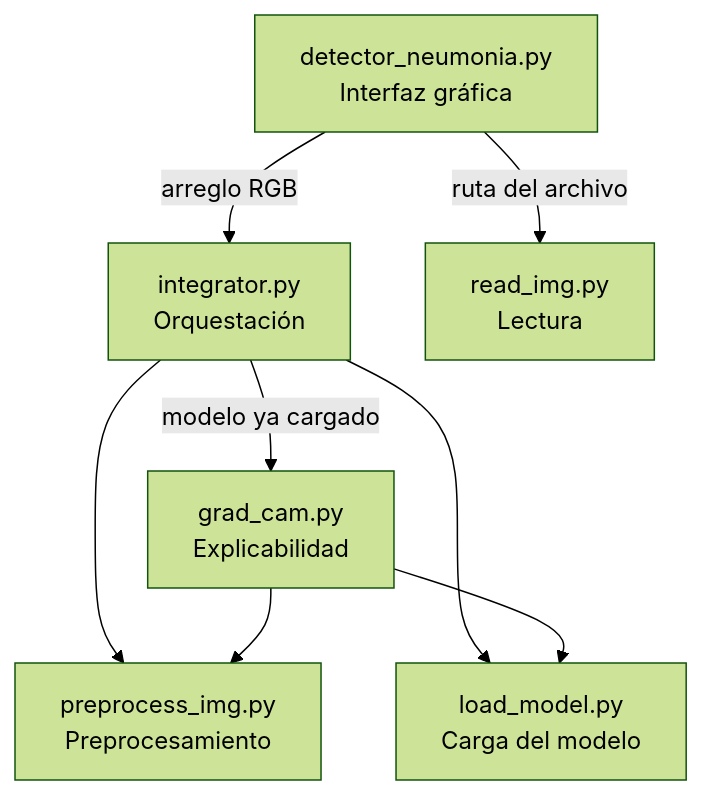
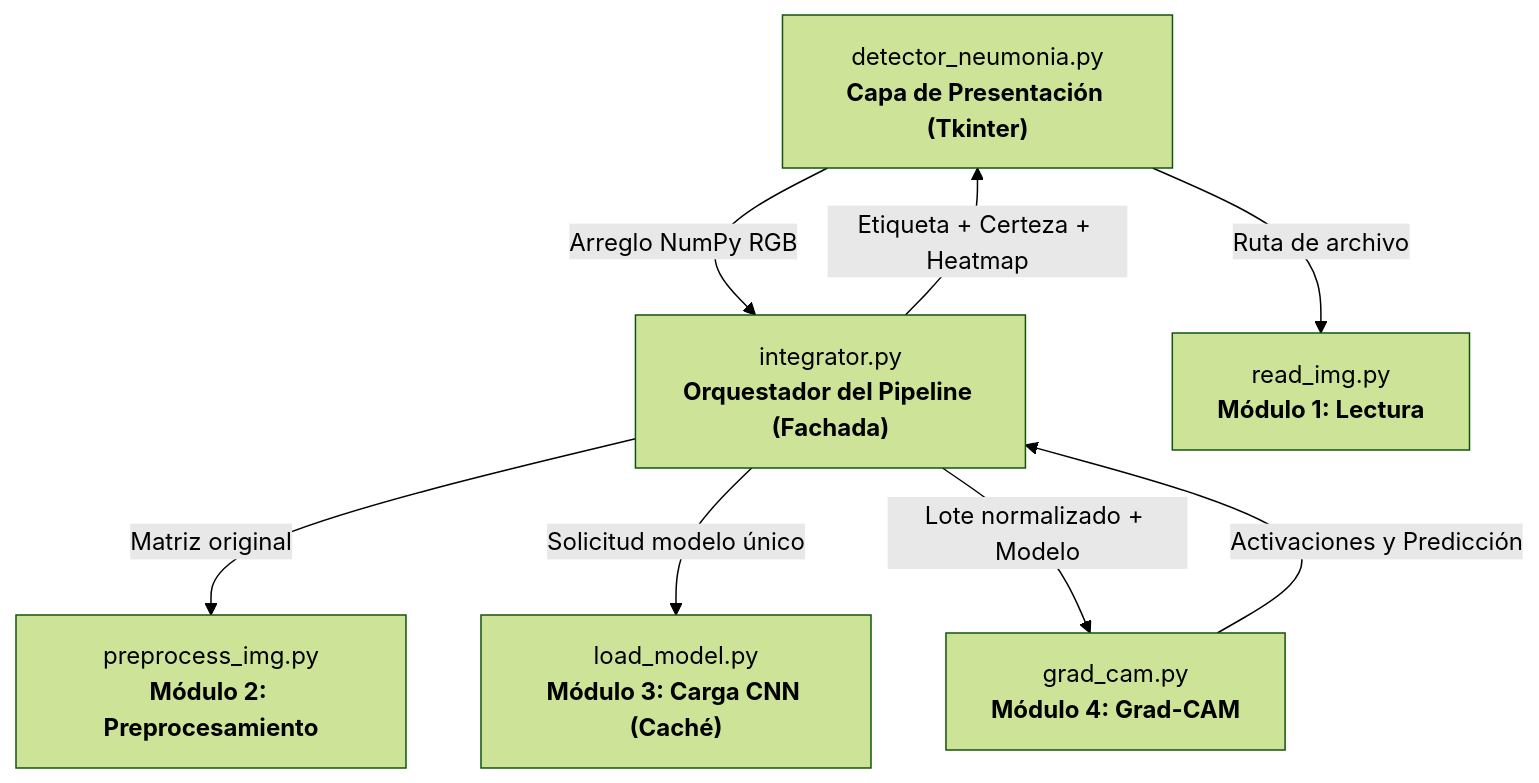
The first of 2 diagrams in README.md (marlonvalenciamentor-eng/UAO-Neumonia), drawn with Mermaid (forest theme) before and after one commit. The commit also changed other lines of this file and 35 other files, not shown here.

````diff
--- a/README.md
+++ b/README.md
@@ -92,17 +95,17 @@
 ```mermaid
 flowchart TD
-    GUI["detector_neumonia.py<br/>Interfaz gráfica"]
-    INT["integrator.py<br/>Orquestación"]
-    READ["read_img.py<br/>Lectura"]
-    PRE["preprocess_img.py<br/>Preprocesamiento"]
-    LOAD["load_model.py<br/>Carga del modelo"]
-    CAM["grad_cam.py<br/>Explicabilidad"]
+    UI["detector_neumonia.py<br/><b>Capa de Presentación (Tkinter)</b>"]
+    INT["integrator.py<br/><b>Orquestador del Pipeline (Fachada)</b>"]
+    READ["read_img.py<br/><b>Módulo 1: Lectura</b>"]
+    PRE["preprocess_img.py<br/><b>Módulo 2: Preprocesamiento</b>"]
+    LOAD["load_model.py<br/><b>Módulo 3: Carga CNN (Caché)</b>"]
+    CAM["grad_cam.py<br/><b>Módulo 4: Grad-CAM</b>"]
 
-    GUI -->|ruta del archivo| READ
-    GUI -->|arreglo RGB| INT
-    INT --> PRE
-    INT --> LOAD
-    INT -->|modelo ya cargado| CAM
-    CAM --> PRE
-    CAM --> LOAD
+    UI -->|Ruta de archivo| READ
+    UI -->|Arreglo NumPy RGB| INT
+    INT -->|Matriz original| PRE
+    INT -->|Solicitud modelo único| LOAD
+    INT -->|Lote normalizado + Modelo| CAM
+    CAM -->|Activaciones y Predicción| INT
+    INT -->|Etiqueta + Certeza + Heatmap| UI
 ```
````
